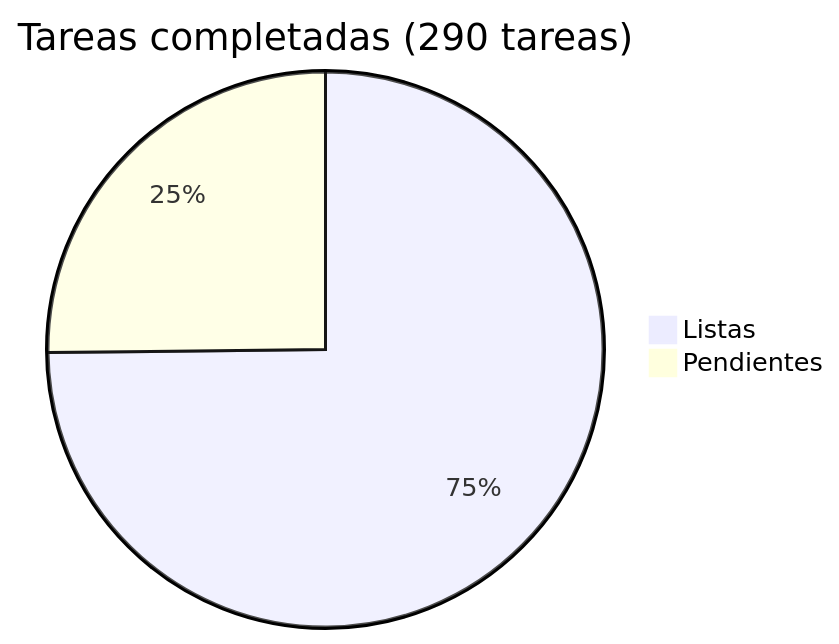
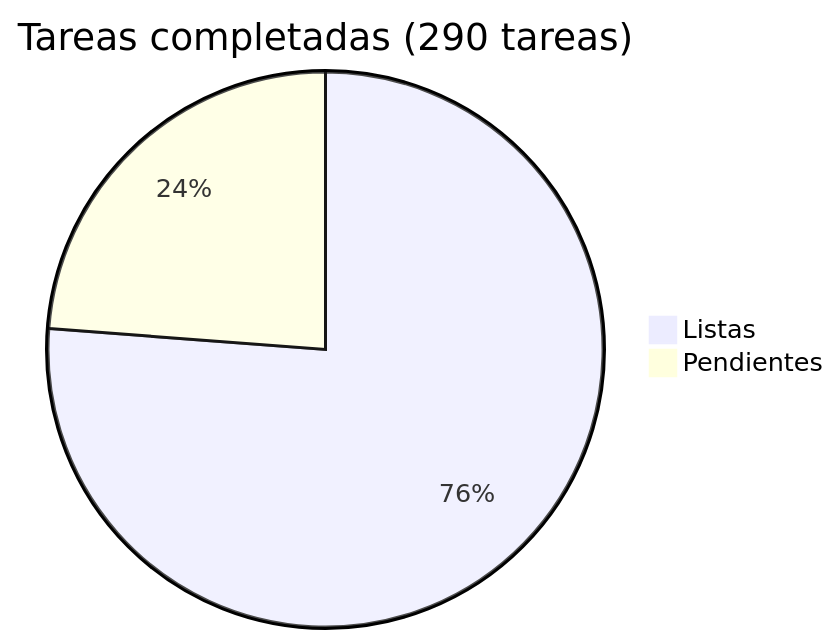
One commit to araguaney-lat/araguaney changed the diagram in docs/roadmap/README.md. Above: the diagram before and after it, drawn with Mermaid. The commit also changed other lines of this file and 10 other files, not shown here.

````diff
--- a/docs/roadmap/README.md
+++ b/docs/roadmap/README.md
@@ -5,5 +5,5 @@
 ```mermaid
 pie title Tareas completadas (290 tareas)
-    "Listas" : 217
-    "Pendientes" : 73
+    "Listas" : 221
+    "Pendientes" : 69
 ```
````
